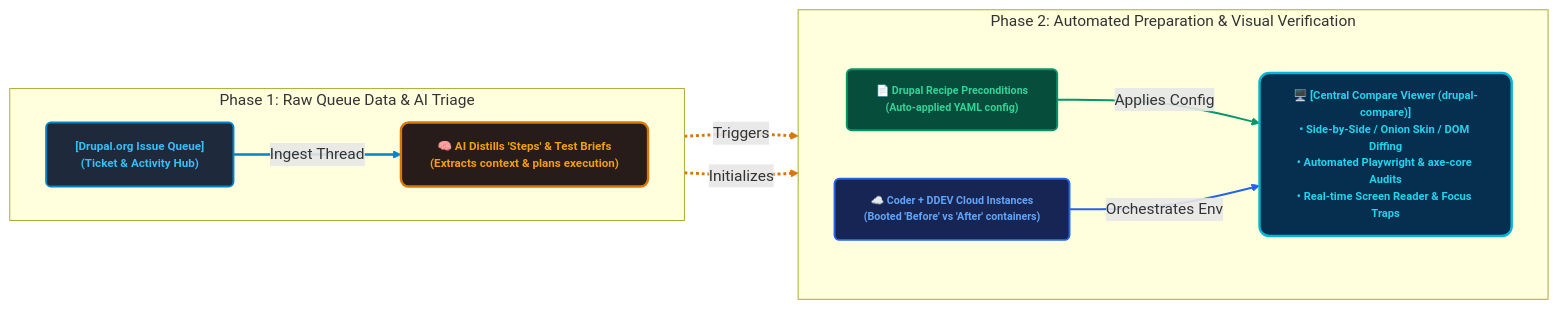
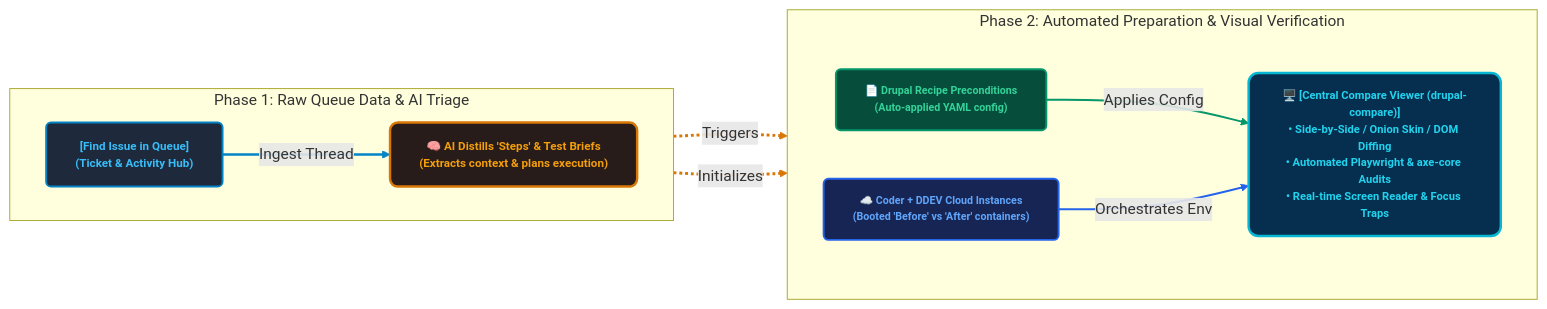
The second of 2 diagrams in Drupal-issue-queue.md (mgifford/mermaid-graphs), drawn with Mermaid before and after one commit. The commit also changed other lines of this file, not shown here.

````diff
--- a/Drupal-issue-queue.md
+++ b/Drupal-issue-queue.md
@@ -51,41 +51,41 @@
 ```mermaid
 flowchart LR
     %% Define Global Styles
     classDef originBox fill:#1e293b,stroke:#0284c7,stroke-width:2px,color:#38bdf8,font-size:12px,font-weight:bold,rx:5px,ry:5px;
     classDef aiBox fill:#271c19,stroke:#d97706,stroke-width:2.5px,color:#f59e0b,font-size:12px,font-weight:bold,rx:8px,ry:8px;
     classDef recipeBox fill:#064e3b,stroke:#059669,stroke-width:2px,color:#34d399,font-size:11px,font-weight:bold,rx:5px,ry:5px;
     classDef envBox fill:#172554,stroke:#2563eb,stroke-width:2px,color:#60a5fa,font-size:11px,font-weight:bold,rx:5px,ry:5px;
     classDef targetBox fill:#062f4f,stroke:#06b6d4,stroke-width:2.5px,color:#22d3ee,font-size:11.5px,font-weight:bold,rx:10px,ry:10px;
 
     %% Row 1 (Input & AI): Wide Row
     subgraph Row1 [Phase 1: Raw Queue Data & AI Triage]
         direction LR
-        QueueNode["[Drupal.org Issue Queue]<br/>(Ticket & Activity Hub)"]:::originBox
+        QueueNode["[Find Issue in Queue]<br/>(Ticket & Activity Hub)"]:::originBox
         AINode["🧠 AI Distills 'Steps' & Test Briefs<br/>(Extracts context & plans execution)"]:::aiBox
 
         QueueNode -->|Ingest Thread| AINode
     end
 
     %% Transition down
     AINode ==>|Triggers| RecipeNode
     AINode ==>|Initializes| ContainerNode
 
     %% Row 2 (Preparation & Verification): Horizontal, wider layout
     subgraph Row2 [Phase 2: Automated Preparation & Visual Verification]
         direction LR
         RecipeNode["📄 Drupal Recipe Preconditions<br/>(Auto-applied YAML config)"]:::recipeBox
         ContainerNode["☁️ Coder + DDEV Cloud Instances<br/>(Booted 'Before' vs 'After' containers)"]:::envBox
         ViewerNode["🖥️ [Central Compare Viewer (drupal-compare)]<br/>• Side-by-Side / Onion Skin / DOM Diffing<br/>• Automated Playwright & axe-core Audits<br/>• Real-time Screen Reader & Focus Traps"]:::targetBox
 
         %% Ensure parallel horizontal paths pointing to the target on the right
         RecipeNode -->|Applies Config| ViewerNode
         ContainerNode -->|Orchestrates Env| ViewerNode
     end
 
     %% Connection styles
     linkStyle 0 stroke:#0284c7,stroke-width:2.5px;
     linkStyle 1 stroke:#d97706,stroke-width:3px,stroke-dasharray:3 3;
     linkStyle 2 stroke:#d97706,stroke-width:3px,stroke-dasharray:3 3;
     linkStyle 3 stroke:#059669,stroke-width:2px;
     linkStyle 4 stroke:#2563eb,stroke-width:2px;
 ```
````
